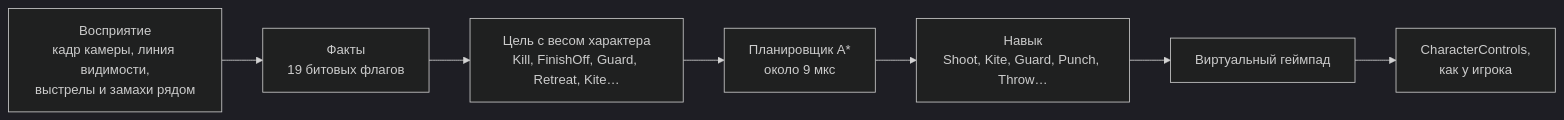
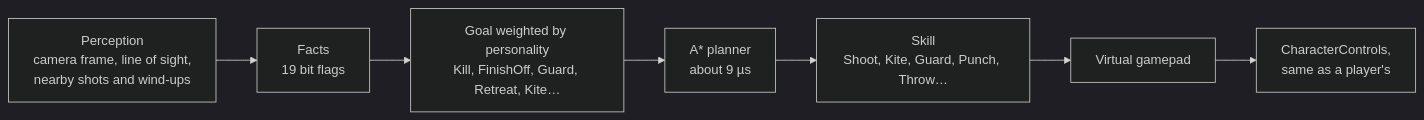
The eighth of 8 diagrams in README.md (pndte/match-please), drawn with Mermaid (dark theme) before and after one commit. The commit also changed other lines of this file, not shown here.

````diff
--- a/README.md
+++ b/README.md
@@ -736,9 +600,9 @@
 ```mermaid
 flowchart LR
-    Sense["Восприятие<br/>кадр камеры, линия видимости,<br/>выстрелы и замахи рядом"] --> Facts["Факты<br/>19 битовых флагов"]
-    Facts --> Goal["Цель с весом характера<br/>Kill, FinishOff, Guard, Retreat, Kite…"]
-    Goal --> Planner["Планировщик A*<br/>около 9 мкс"]
-    Planner --> Skill["Навык<br/>Shoot, Kite, Guard, Punch, Throw…"]
-    Skill --> Pad["Виртуальный геймпад"]
-    Pad --> Input["CharacterControls,<br/>как у игрока"]
+    Sense["Perception<br/>camera frame, line of sight,<br/>nearby shots and wind-ups"] --> Facts["Facts<br/>19 bit flags"]
+    Facts --> Goal["Goal weighted by personality<br/>Kill, FinishOff, Guard, Retreat, Kite…"]
+    Goal --> Planner["A* planner<br/>about 9 µs"]
+    Planner --> Skill["Skill<br/>Shoot, Kite, Guard, Punch, Throw…"]
+    Skill --> Pad["Virtual gamepad"]
+    Pad --> Input["CharacterControls,<br/>same as a player's"]
 ```
````
